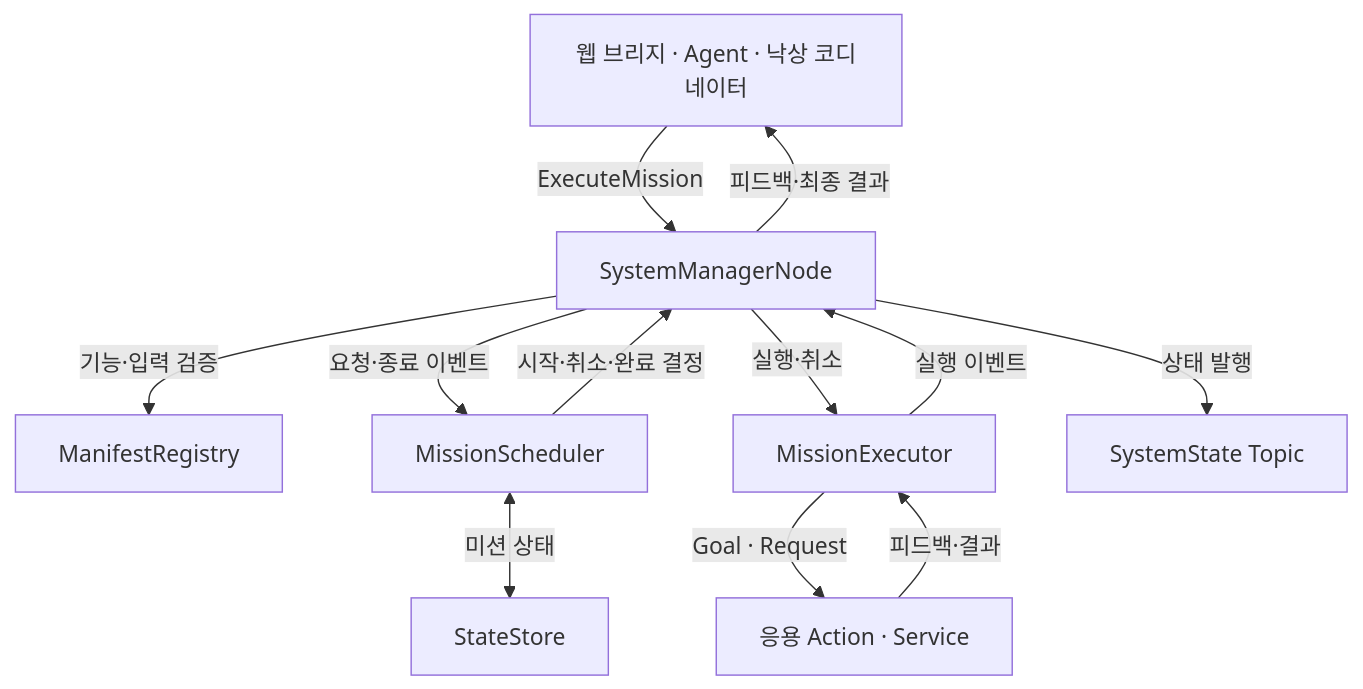
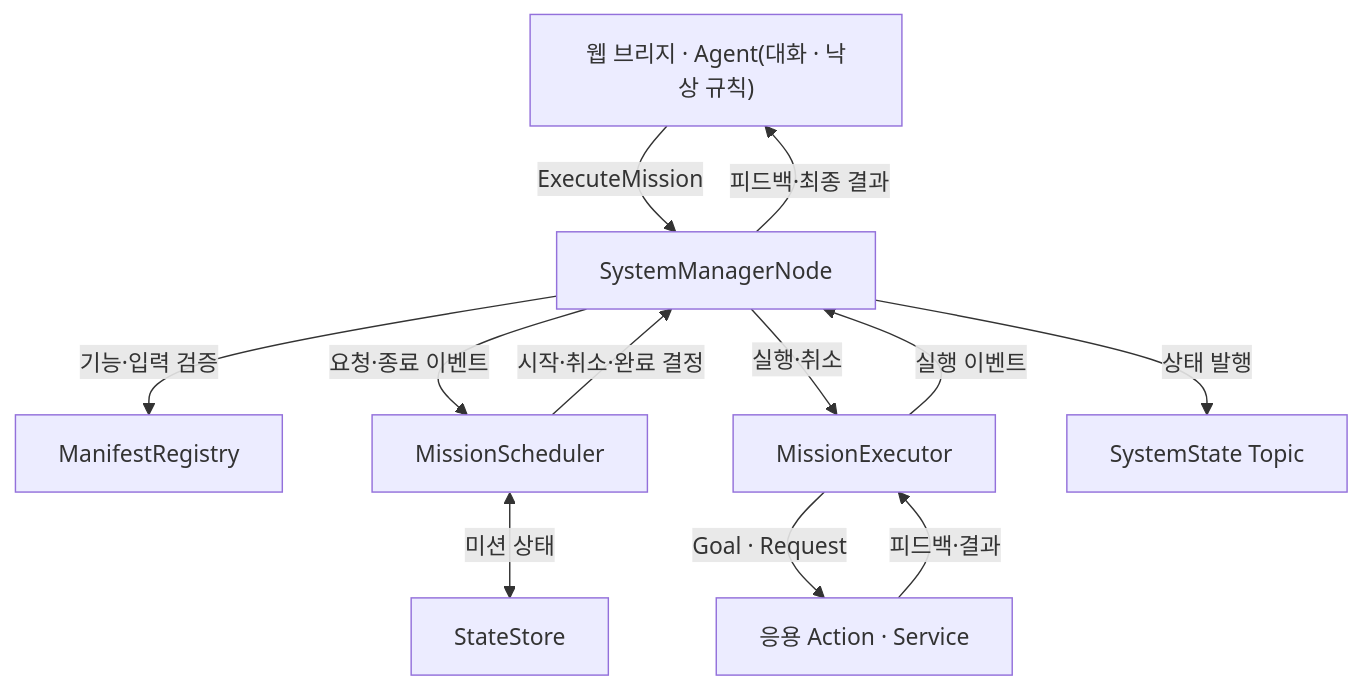
One commit to SWM-malbut/malbut changed the first of 2 diagrams in malbut_system_manager/README.md. Above: the diagram before and after it, drawn with Mermaid. The commit also changed other lines of this file and 133 other files, not shown here.

````diff
--- a/malbut_system_manager/README.md
+++ b/malbut_system_manager/README.md
@@ -16,23 +16,23 @@
 ```mermaid
 flowchart TB
-    C["웹 브리지 · Agent · 낙상 코디네이터"]
+    C["웹 브리지 · Agent(대화 · 낙상 규칙)"]
     N["SystemManagerNode"]
     R["ManifestRegistry"]
     S["MissionScheduler"]
     T["StateStore"]
     E["MissionExecutor"]
     A["응용 Action · Service"]
     P["SystemState Topic"]
 
     C -->|ExecuteMission| N
     N -->|기능·입력 검증| R
     N -->|요청·종료 이벤트| S
     S <-->|미션 상태| T
     S -->|시작·취소·완료 결정| N
     N -->|실행·취소| E
     E -->|Goal · Request| A
     A -->|피드백·결과| E
     E -->|실행 이벤트| N
     N -->|피드백·최종 결과| C
     N -->|상태 발행| P
 ```
````
